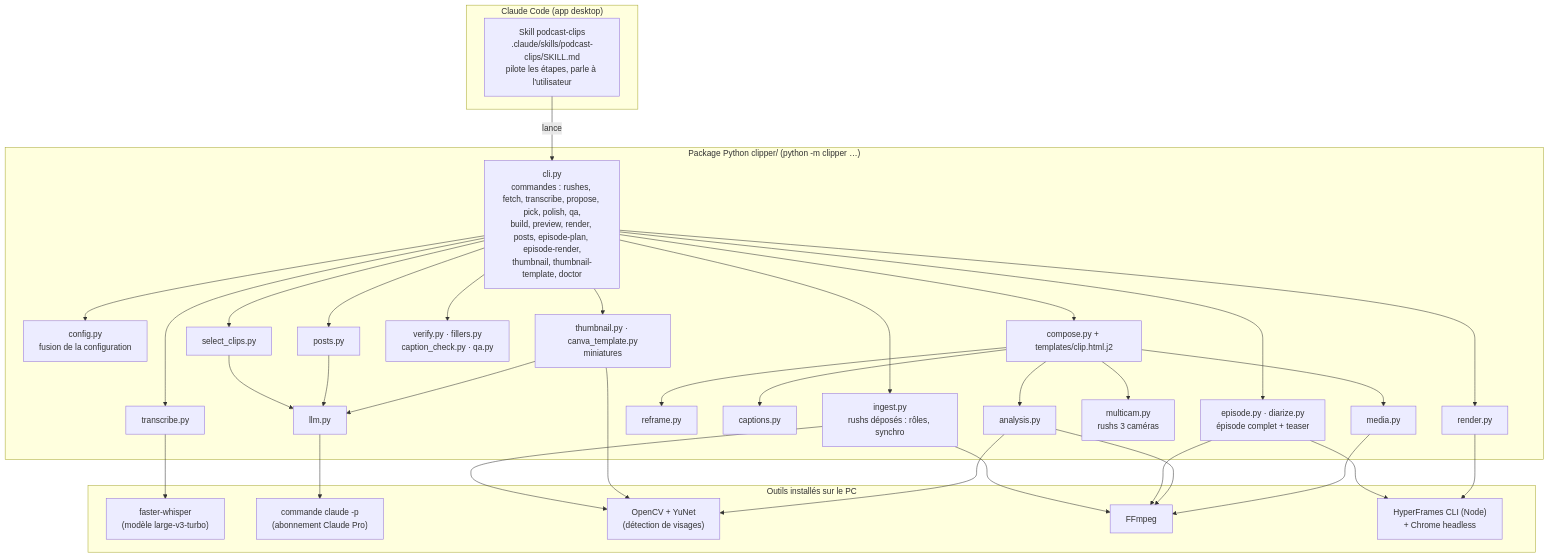
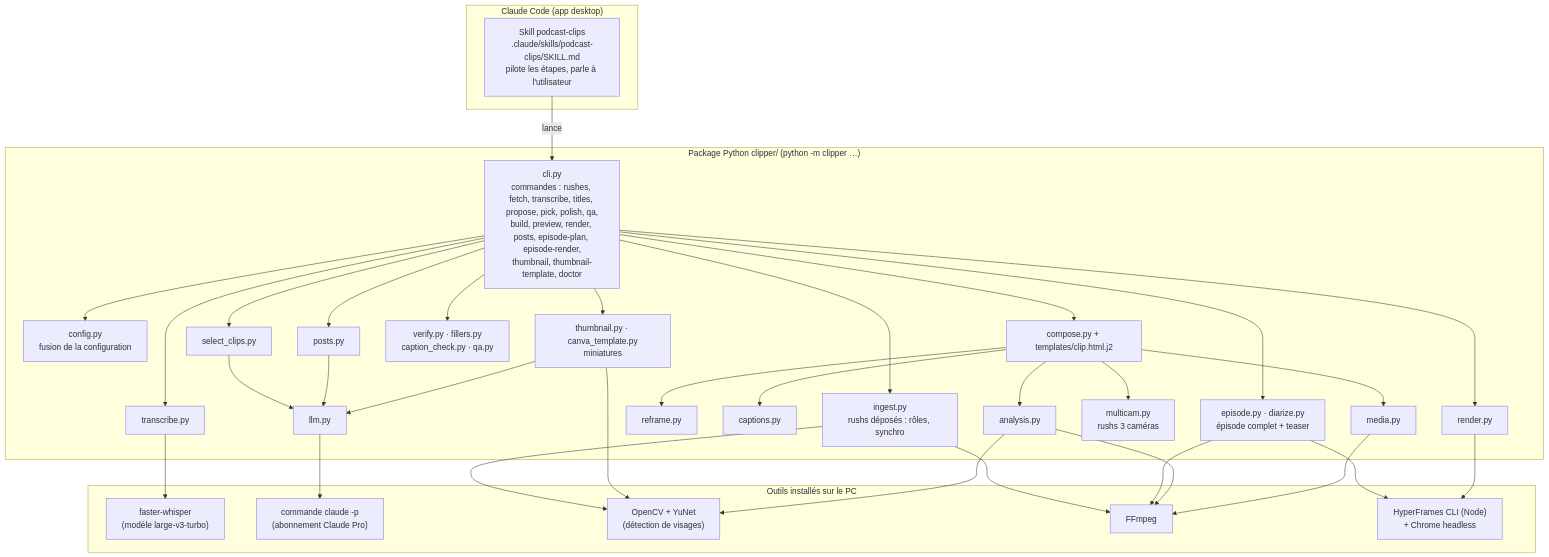
One commit to arthurw31/podcast-clipper changed the first of 3 diagrams in docs/ARCHITECTURE.md. Above: the diagram before and after it, drawn with Mermaid. The commit also changed other lines of this file and 9 other files, not shown here.

````diff
--- a/docs/ARCHITECTURE.md
+++ b/docs/ARCHITECTURE.md
@@ -8,51 +8,51 @@
 ```mermaid
 flowchart TB
     subgraph CC["Claude Code (app desktop)"]
         SK["Skill podcast-clips<br/>.claude/skills/podcast-clips/SKILL.md<br/>pilote les étapes, parle à l'utilisateur"]
     end
 
     subgraph PY["Package Python clipper/ (python -m clipper …)"]
-        CLI["cli.py<br/>commandes : rushes, fetch, transcribe, propose, pick, polish, qa,<br/>build, preview, render, posts, episode-plan, episode-render,<br/>thumbnail, thumbnail-template, doctor"]
+        CLI["cli.py<br/>commandes : rushes, fetch, transcribe, titles, propose, pick, polish, qa,<br/>build, preview, render, posts, episode-plan, episode-render,<br/>thumbnail, thumbnail-template, doctor"]
         CFG["config.py<br/>fusion de la configuration"]
         TR["transcribe.py"]
         SEL["select_clips.py"]
         LLM["llm.py"]
         AN["analysis.py"]
         RF["reframe.py"]
         CAP["captions.py"]
         CO["compose.py + templates/clip.html.j2"]
         MED["media.py"]
         REN["render.py"]
         PO["posts.py"]
         MC["multicam.py<br/>rushs 3 caméras"]
         IG["ingest.py<br/>rushs déposés : rôles, synchro"]
         CHK["verify.py · fillers.py<br/>caption_check.py · qa.py"]
         EPI["episode.py · diarize.py<br/>épisode complet + teaser"]
         TH["thumbnail.py · canva_template.py<br/>miniatures"]
     end
 
     subgraph EXT["Outils installés sur le PC"]
         WH["faster-whisper<br/>(modèle large-v3-turbo)"]
         CL["commande claude -p<br/>(abonnement Claude Pro)"]
         CV["OpenCV + YuNet<br/>(détection de visages)"]
         FF["FFmpeg"]
         HF["HyperFrames CLI (Node)<br/>+ Chrome headless"]
     end
 
     SK -->|lance| CLI
     CLI --> CFG
     CLI --> TR & SEL & CO & REN & PO
     TR --> WH
     SEL --> LLM
     PO --> LLM
     LLM --> CL
     CLI --> CHK & EPI & TH & IG
     IG --> CV & FF
     CO --> AN & RF & CAP & MED & MC
     EPI --> FF & HF
     TH --> LLM & CV
     AN --> CV
     AN --> FF
     MED --> FF
     REN --> HF
 ```
````
